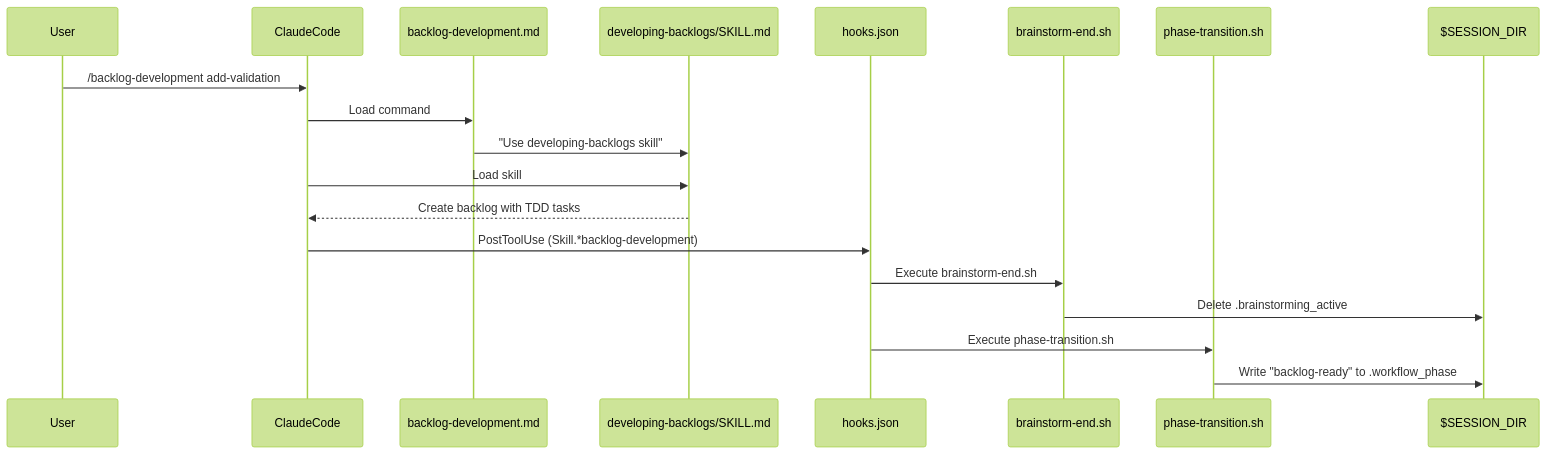
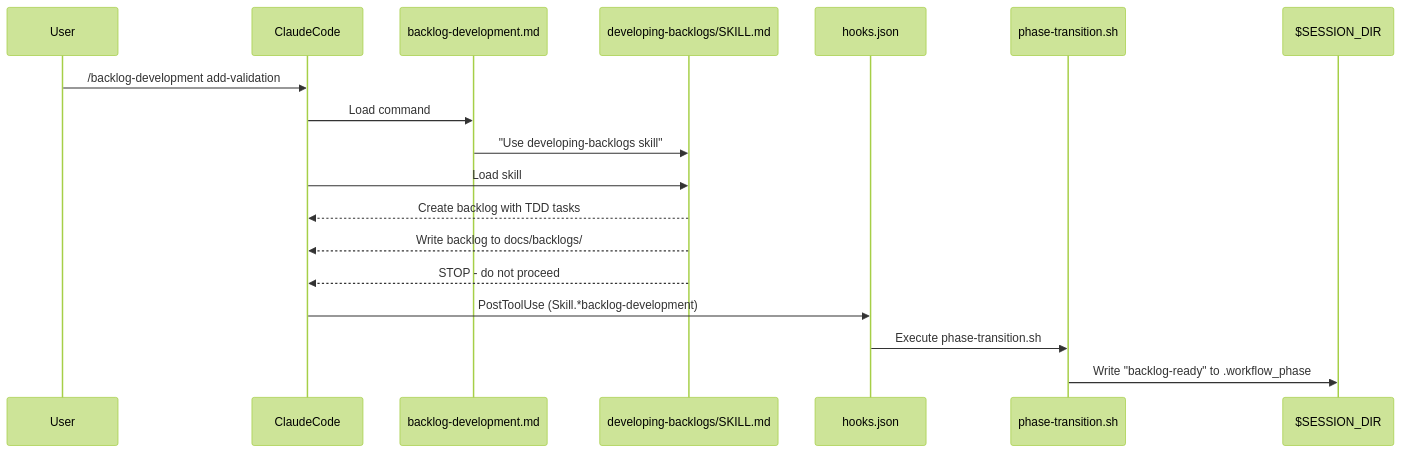
Before and after one commit to petersontylerd/cc-workflow-ecosystem: the fourth of 8 diagrams in docs/workflow-guides/intermediate-pattern.md, drawn with Mermaid (forest theme). The commit also changed other lines of this file and 20 other files, not shown here.

First line of the commit message:
docs: simplify brainstorming flow and fix phase ordering

````diff
--- a/docs/workflow-guides/intermediate-pattern.md
+++ b/docs/workflow-guides/intermediate-pattern.md
@@ -292,24 +271,22 @@
 ```mermaid
 sequenceDiagram
     participant User
     participant ClaudeCode
     participant Command as backlog-development.md
     participant Skill as developing-backlogs/SKILL.md
     participant Hook as hooks.json
-    participant EndHook as brainstorm-end.sh
-    participant TransHook as phase-transition.sh
+    participant PostHook as phase-transition.sh
     participant StateDir as $SESSION_DIR
 
     User->>ClaudeCode: /backlog-development add-validation
     ClaudeCode->>Command: Load command
     Command->>Skill: "Use developing-backlogs skill"
     ClaudeCode->>Skill: Load skill
     Skill-->>ClaudeCode: Create backlog with TDD tasks
+    Skill-->>ClaudeCode: Write backlog to docs/backlogs/
+    Skill-->>ClaudeCode: STOP - do not proceed
 
     ClaudeCode->>Hook: PostToolUse (Skill.*backlog-development)
-    Hook->>EndHook: Execute brainstorm-end.sh
-    EndHook->>StateDir: Delete .brainstorming_active
-
-    Hook->>TransHook: Execute phase-transition.sh
-    TransHook->>StateDir: Write "backlog-ready" to .workflow_phase
+    Hook->>PostHook: Execute phase-transition.sh
+    PostHook->>StateDir: Write "backlog-ready" to .workflow_phase
 ```
````
